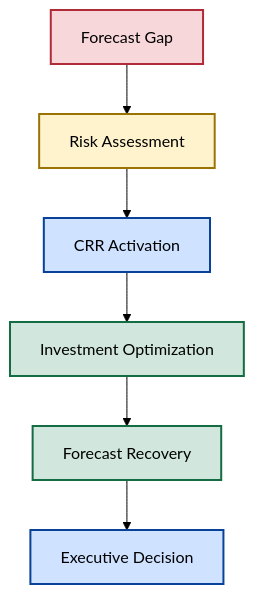
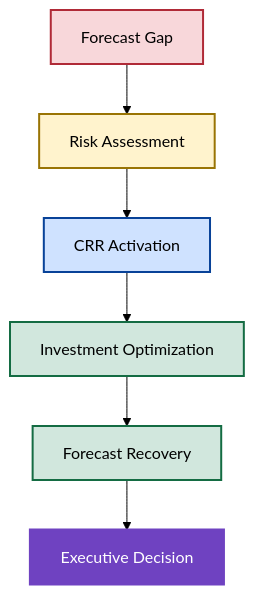
One commit to AwesomeAnil/newbridge-saas-operating-system changed the fourth of 4 diagrams in README.md. Above: the diagram before and after it, drawn with Mermaid (forest theme). The commit also changed other lines of this file and 1 other file, not shown here.

````diff
--- a/README.md
+++ b/README.md
@@ -195,22 +247,27 @@
 ```mermaid
 flowchart TD
 
 A["Forecast Gap"]
 
-A --> B["Risk Assessment"]
+--> B["Risk Assessment"]
 
-B --> C["CRR Activation"]
+--> C["CRR Activation"]
 
-C --> D["Investment Optimization"]
+--> D["Investment Optimization"]
 
-D --> E["Forecast Recovery"]
+--> E["Forecast Recovery"]
 
-E --> F["Executive Decision"]
+--> F["Executive Decision"]
 
 style A fill:#f8d7da,stroke:#b02a37,stroke-width:2px
+
 style B fill:#fff3cd,stroke:#997404,stroke-width:2px
+
 style C fill:#cfe2ff,stroke:#084298,stroke-width:2px
+
 style D fill:#d1e7dd,stroke:#146c43,stroke-width:2px
+
 style E fill:#d1e7dd,stroke:#146c43,stroke-width:2px
-style F fill:#cfe2ff,stroke:#084298,stroke-width:2px
+
+style F fill:#6f42c1,color:#ffffff,stroke:#6f42c1,stroke-width:3px
 ```
````
